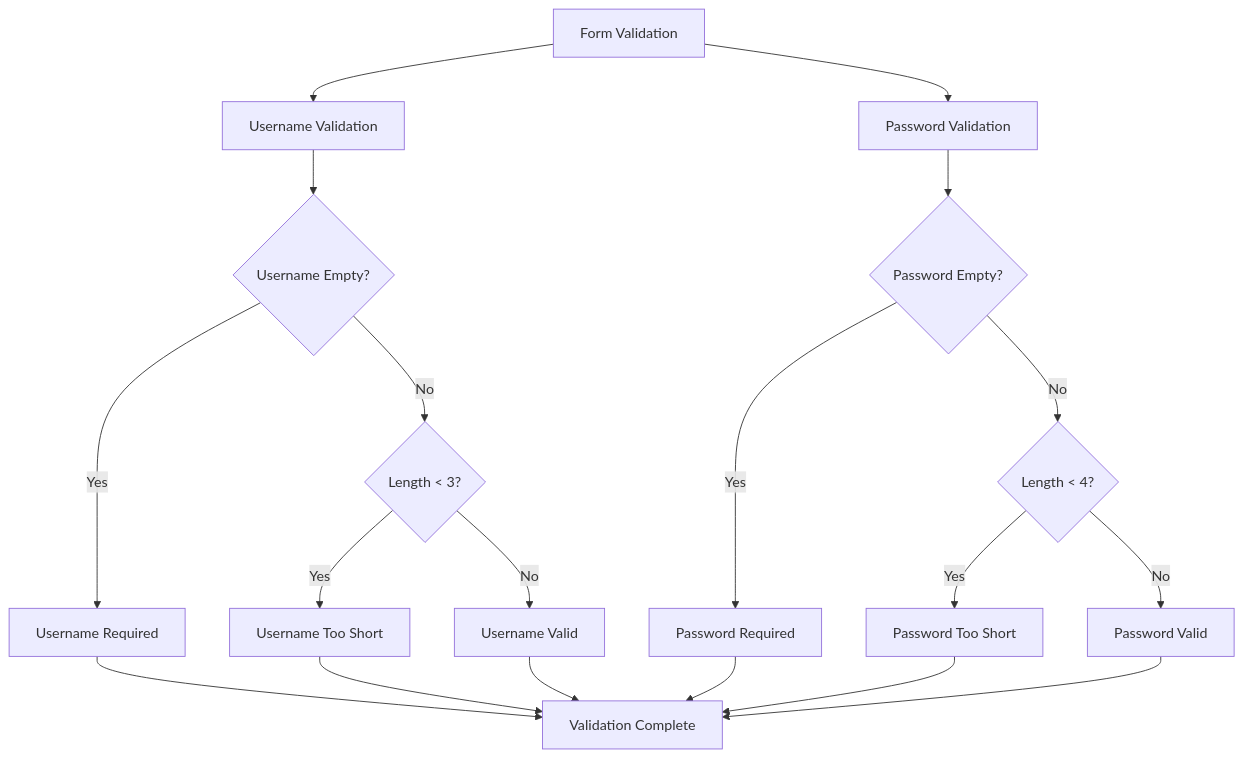
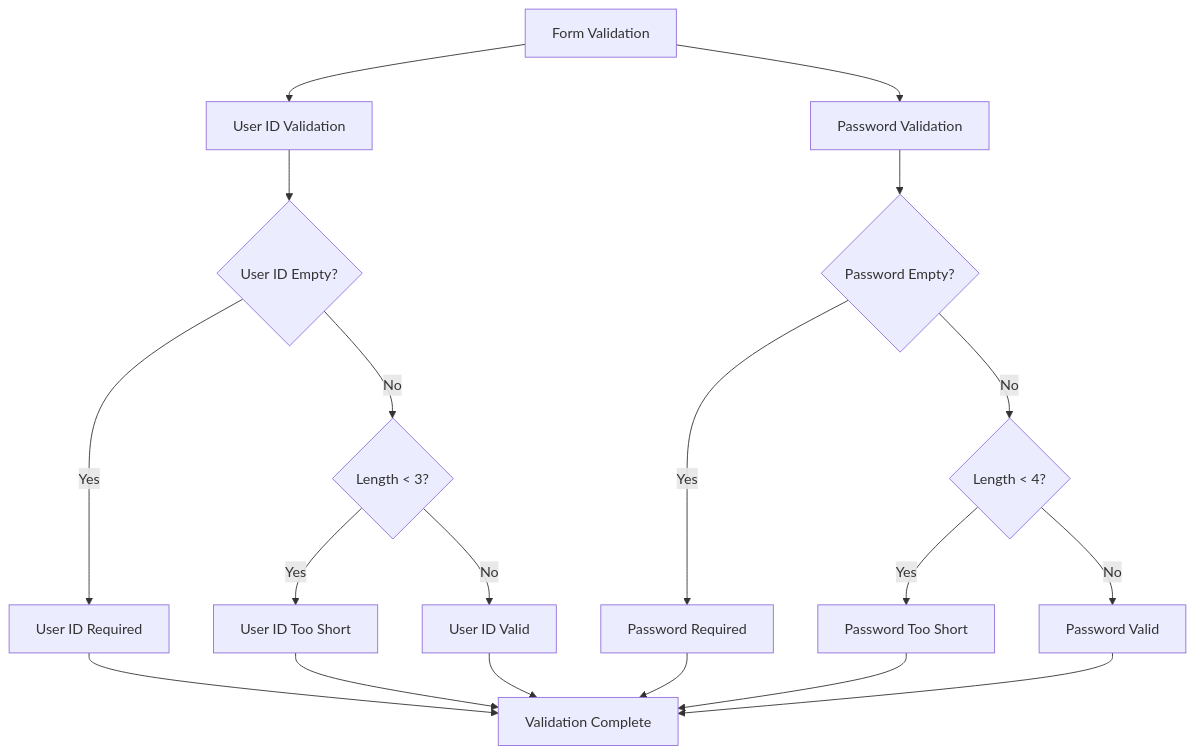
The seventh of 13 diagrams in .qoder/repowiki/en/content/Authentication & Authorization/Login Page Implementation.md (Aryan9060/Timetable-Project), drawn with Mermaid before and after one commit. The commit also changed other lines of this file and 22 other files, not shown here.

````diff
--- a/.qoder/repowiki/en/content/Authentication & Authorization/Login Page Implementation.md
+++ b/.qoder/repowiki/en/content/Authentication & Authorization/Login Page Implementation.md
@@ -344,21 +350,21 @@
 ```mermaid
 flowchart TD
-A[Form Validation] --> B[Username Validation]
-B --> C{Username Empty?}
-C --> |Yes| D[Username Required]
+A[Form Validation] --> B[User ID Validation]
+B --> C{User ID Empty?}
+C --> |Yes| D[User ID Required]
 C --> |No| E{Length < 3?}
-E --> |Yes| F[Username Too Short]
-E --> |No| G[Username Valid]
+E --> |Yes| F[User ID Too Short]
+E --> |No| G[User ID Valid]
 A --> H[Password Validation]
 H --> I{Password Empty?}
 I --> |Yes| J[Password Required]
 I --> |No| K{Length < 4?}
 K --> |Yes| L[Password Too Short]
 K --> |No| M[Password Valid]
 G --> N[Validation Complete]
 M --> N
 D --> N
 F --> N
 J --> N
 L --> N
 ```
````
